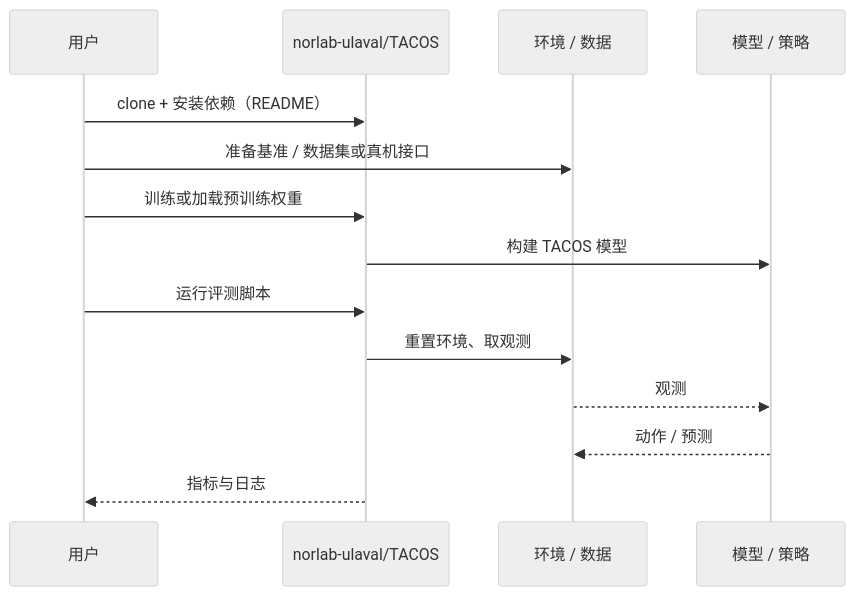
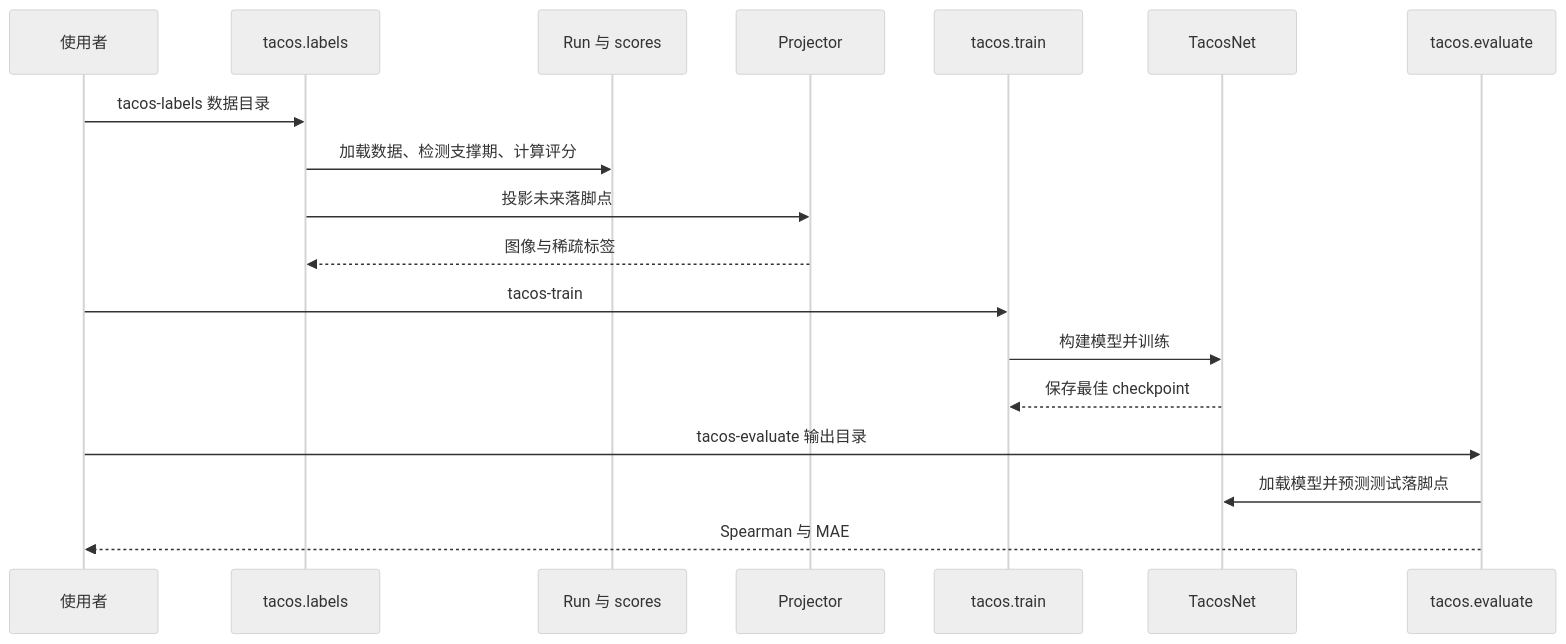
One commit to ImChong/Robotics_Notebooks changed the second of 2 diagrams in wiki/entities/paper-tacos.md. Above: the diagram before and after it, drawn with Mermaid (neutral theme). The commit also changed other lines of this file, not shown here.

Commit message:
[2026-11-04] ingest | wiki/entities/paper-tacos.md — 补充落脚预测原理与实验

````diff
--- a/wiki/entities/paper-tacos.md
+++ b/wiki/entities/paper-tacos.md
@@ -58,16 +70,20 @@
 ```mermaid
 sequenceDiagram
-  participant U as 用户
-  participant R as norlab-ulaval/TACOS
-  participant E as 环境 / 数据
-  participant M as 模型 / 策略
-  U->>R: clone + 安装依赖（README）
-  U->>E: 准备基准 / 数据集或真机接口
-  U->>R: 训练或加载预训练权重
-  R->>M: 构建 TACOS 模型
-  U->>R: 运行评测脚本
-  R->>E: 重置环境、取观测
-  E-->>M: 观测
-  M-->>E: 动作 / 预测
-  R-->>U: 指标与日志
+  participant U as 使用者
+  participant L as tacos.labels
+  participant R as Run 与 scores
+  participant P as Projector
+  participant T as tacos.train
+  participant M as TacosNet
+  participant E as tacos.evaluate
+  U->>L: tacos-labels 数据目录
+  L->>R: 加载数据、检测支撑期、计算评分
+  L->>P: 投影未来落脚点
+  P-->>L: 图像与稀疏标签
+  U->>T: tacos-train
+  T->>M: 构建模型并训练
+  M-->>T: 保存最佳 checkpoint
+  U->>E: tacos-evaluate 输出目录
+  E->>M: 加载模型并预测测试落脚点
+  E-->>U: Spearman 与 MAE
 ```
````
